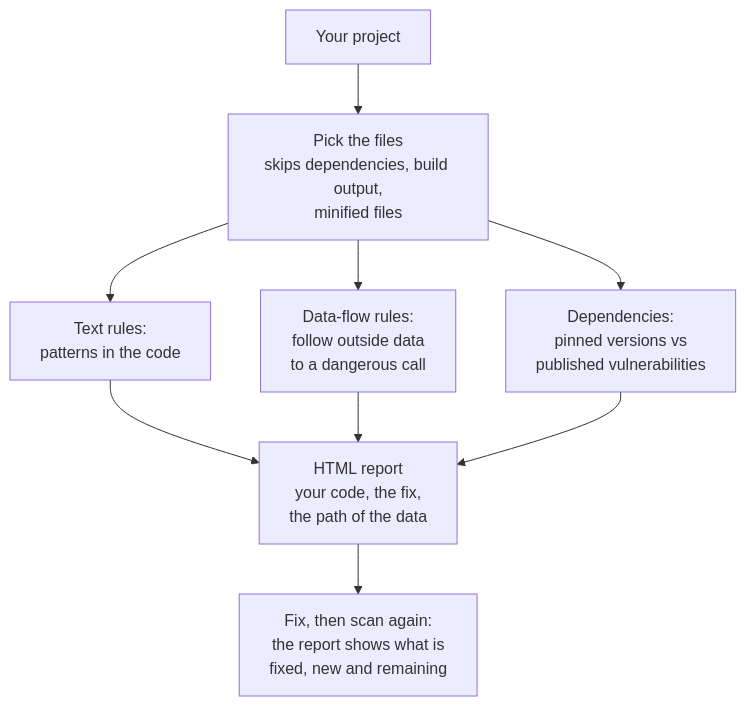
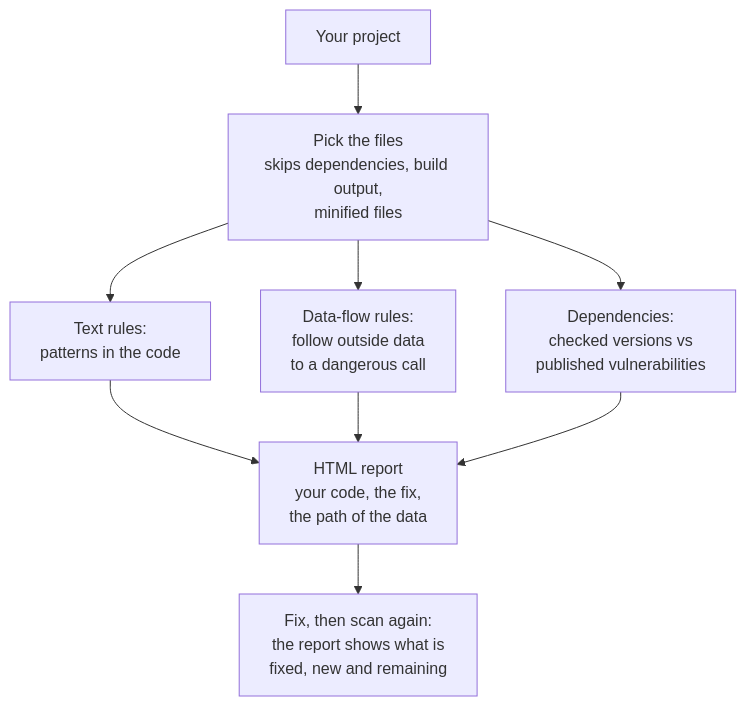
Before and after one commit to ka8t/codefixture-audit-public: the second of 3 diagrams in README.md, drawn with Mermaid. The commit also changed other lines of this file and 54 other files, not shown here.

````diff
--- a/README.md
+++ b/README.md
@@ -59,11 +59,11 @@
 ```mermaid
 flowchart TD
     P["Your project"] --> FILES["Pick the files<br/>skips dependencies, build output,<br/>minified files"]
     FILES --> A["Text rules:<br/>patterns in the code"]
     FILES --> B["Data-flow rules:<br/>follow outside data<br/>to a dangerous call"]
-    FILES --> C["Dependencies:<br/>pinned versions vs<br/>published vulnerabilities"]
+    FILES --> C["Dependencies:<br/>checked versions vs<br/>published vulnerabilities"]
     A --> R["HTML report<br/>your code, the fix,<br/>the path of the data"]
     B --> R
     C --> R
     R --> NEXT["Fix, then scan again:<br/>the report shows what is<br/>fixed, new and remaining"]
 ```
````
